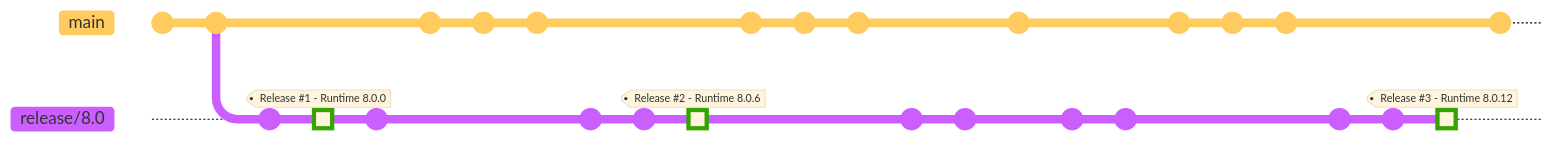
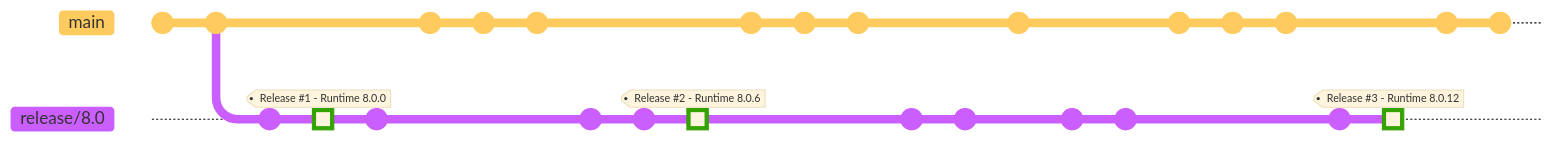
Before and after one commit to dotnet/arcade: the second of 8 diagrams in Documentation/UnifiedBuild/VMR-Managing-SDK-Bands.md, drawn with Mermaid. The commit also changed other lines of this file, not shown here. Commit ids are hidden.

````diff
--- a/Documentation/UnifiedBuild/VMR-Managing-SDK-Bands.md
+++ b/Documentation/UnifiedBuild/VMR-Managing-SDK-Bands.md
@@ -83,41 +83,41 @@
 ```mermaid
 %%{init: { 'logLevel': 'debug', 'theme': 'base', 'gitGraph': {'showCommitLabel': false, 'tagLabelFontSize': '24px'}} }%%
 gitGraph
    commit
    commit
    branch release/8.0
    checkout release/8.0
    commit
    commit type: HIGHLIGHT tag: "Release #1 - Runtime 8.0.0"
    commit
    checkout main
    commit
    commit
    commit
    checkout release/8.0
    commit
    commit
    commit type: HIGHLIGHT tag: "Release #2 - Runtime 8.0.6"
    checkout main
    commit
    commit
    commit
    checkout release/8.0
    commit
    commit
    checkout main
    commit
    checkout release/8.0
    commit
    commit
    checkout main
    commit
    commit
    commit
    checkout release/8.0
    commit
-   commit
    commit type: HIGHLIGHT tag: "Release #3 - Runtime 8.0.12"
    checkout main
    commit
+   commit
 ```
````
